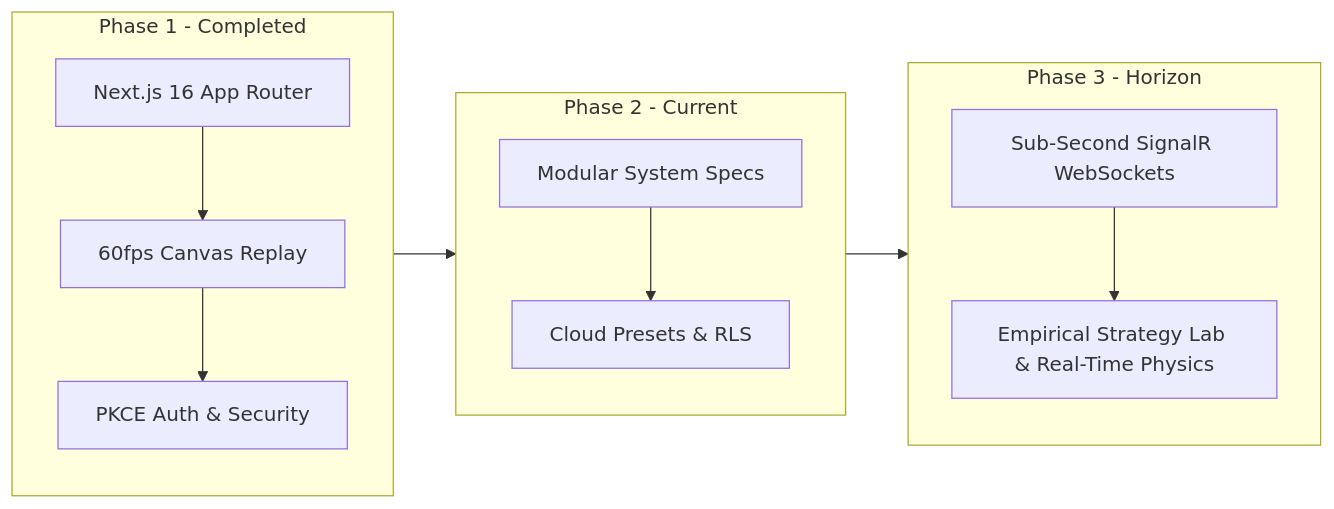
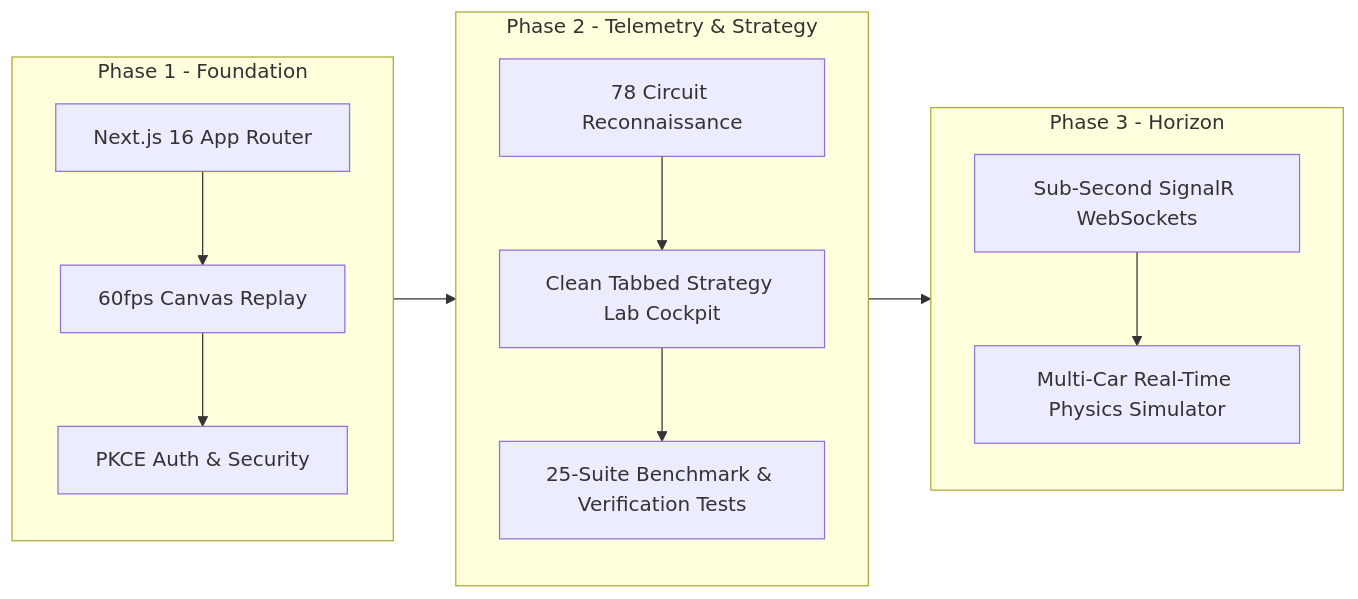
The second of 2 diagrams in docs/01_PRD.md (Hritik983567-Art/paddock), drawn with Mermaid before and after one commit. The commit also changed other lines of this file and 33 other files, not shown here.

First line of the commit message:
feat: redesign Strategy Lab into Clean Tabbed Cockpit, add Mermaid docs, and expand test suite

````diff
--- a/docs/01_PRD.md
+++ b/docs/01_PRD.md
@@ -93,21 +93,22 @@
 ```mermaid
 flowchart LR
-    subgraph P1["Phase 1 - Completed"]
+    subgraph P1["Phase 1 - Foundation"]
         A1["Next.js 16 App Router"]
         A2["60fps Canvas Replay"]
         A3["PKCE Auth & Security"]
         A1 --> A2 --> A3
     end
-    subgraph P2["Phase 2 - Current"]
-        B1["Modular System Specs"]
-        B2["Cloud Presets & RLS"]
-        B1 --> B2
+    subgraph P2["Phase 2 - Telemetry & Strategy"]
+        B1["78 Circuit Reconnaissance"]
+        B2["Clean Tabbed Strategy Lab Cockpit"]
+        B3["25-Suite Benchmark & Verification Tests"]
+        B1 --> B2 --> B3
     end
     subgraph P3["Phase 3 - Horizon"]
         C1["Sub-Second SignalR WebSockets"]
-        C2["Empirical Strategy Lab & Real-Time Physics"]
+        C2["Multi-Car Real-Time Physics Simulator"]
         C1 --> C2
     end
 
     P1 --> P2 --> P3
 ```
````
